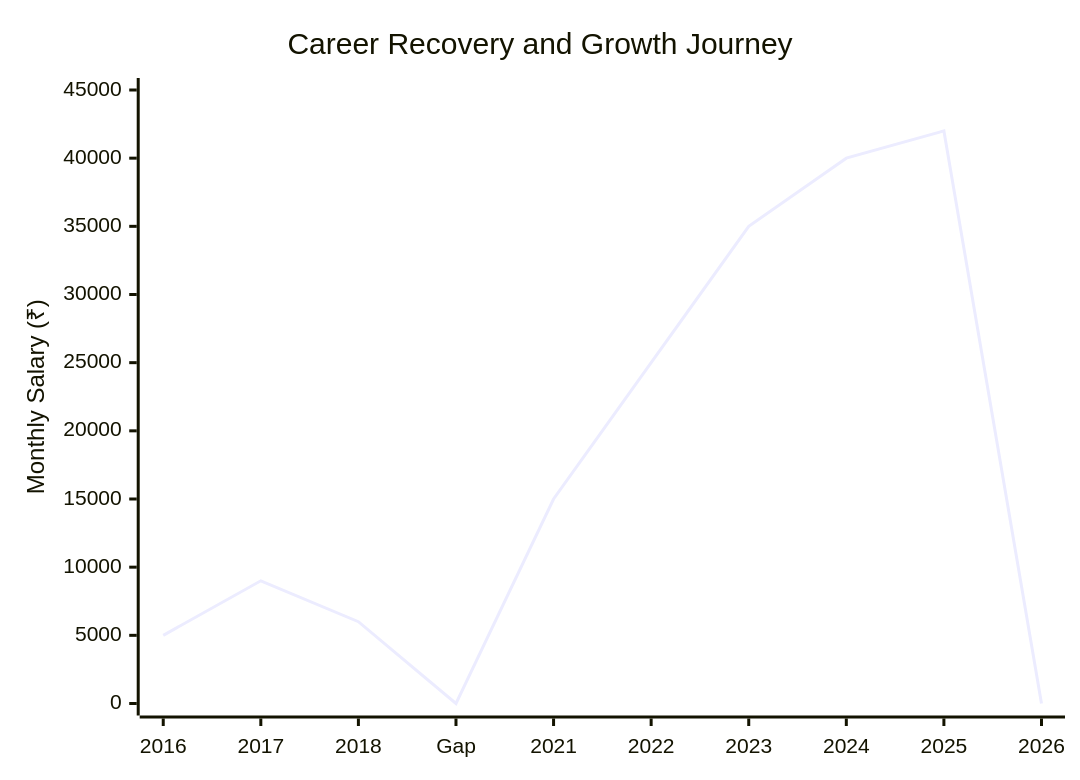
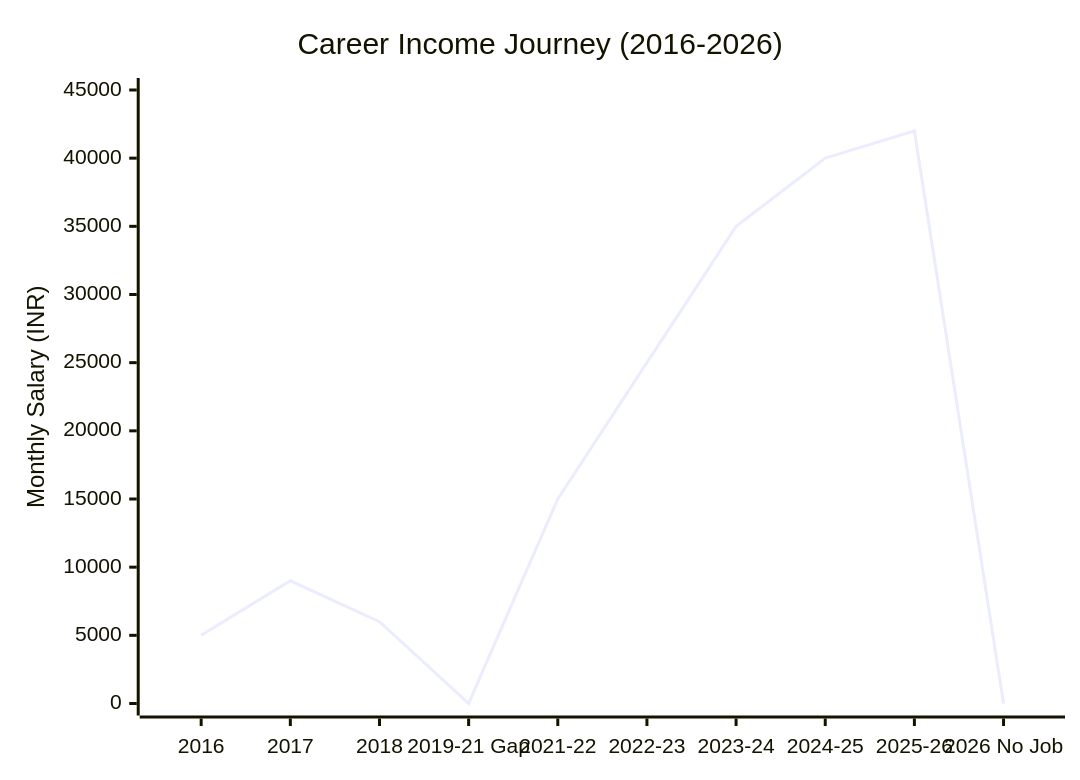
One commit to engineer-work/Join-Company changed the diagram in startup/my_career_path.md. Above: the diagram before and after it, drawn with Mermaid. The commit also changed other lines of this file, not shown here.

Commit message:
Revise career income chart and add Mermaid script
Updated the career income journey chart and added a script for Mermaid initialization.

````diff
--- a/startup/my_career_path.md
+++ b/startup/my_career_path.md
@@ -8,8 +13,7 @@
-```mermaid
+<pre class="mermaid">
 xychart-beta
-    title "Career Recovery and Growth Journey"
-    x-axis ["2016","2017","2018","Gap","2021","2022","2023","2024","2025","2026"]
-    y-axis "Monthly Salary (₹)" 0 --> 45000
-
+    title "Career Income Journey (2016-2026)"
+    x-axis ["2016","2017","2018","2019-21 Gap","2021-22","2022-23","2023-24","2024-25","2025-26","2026 No Job"]
+    y-axis "Monthly Salary (INR)" 0 --> 45000
     line [5000,9000,6000,0,15000,25000,35000,40000,42000,0]
-```
+</pre>
````
